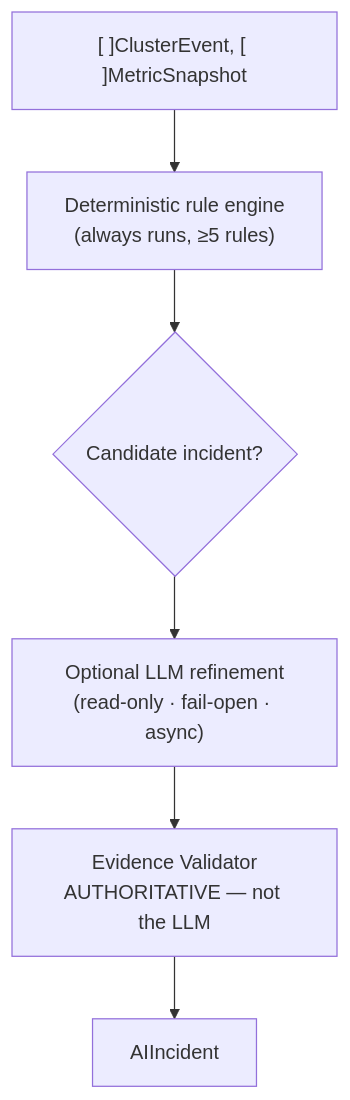
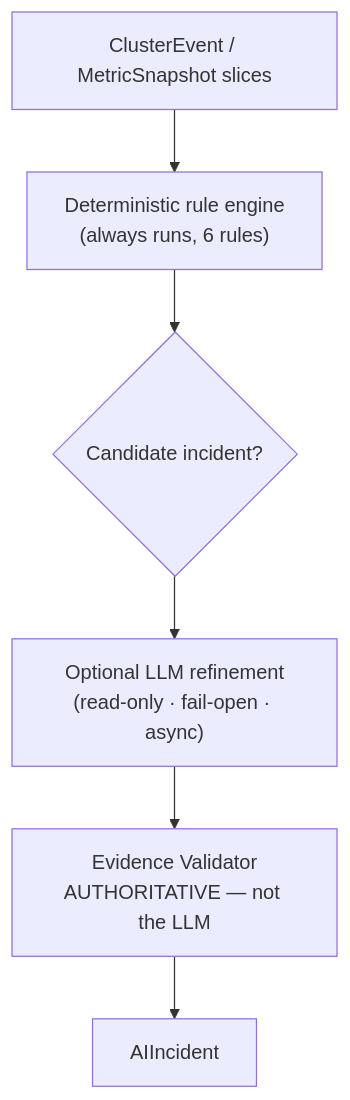
One commit to gkrish2005/raft-kv changed the fourth of 4 diagrams in README.md. Above: the diagram before and after it, drawn with Mermaid. The commit also changed other lines of this file, not shown here.

````diff
--- a/README.md
+++ b/README.md
@@ -312,8 +311,8 @@
 ```mermaid
 flowchart TD
-    T["[ ]ClusterEvent, [ ]MetricSnapshot"] --> RE["Deterministic rule engine<br/>(always runs, ≥5 rules)"]
+    T["ClusterEvent / MetricSnapshot slices"] --> RE["Deterministic rule engine<br/>(always runs, 6 rules)"]
     RE --> CAND{Candidate incident?}
     CAND --> LLM["Optional LLM refinement<br/>(read-only · fail-open · async)"]
     LLM --> VAL["Evidence Validator<br/>AUTHORITATIVE — not the LLM"]
     VAL --> INC[AIIncident]
 ```
````
